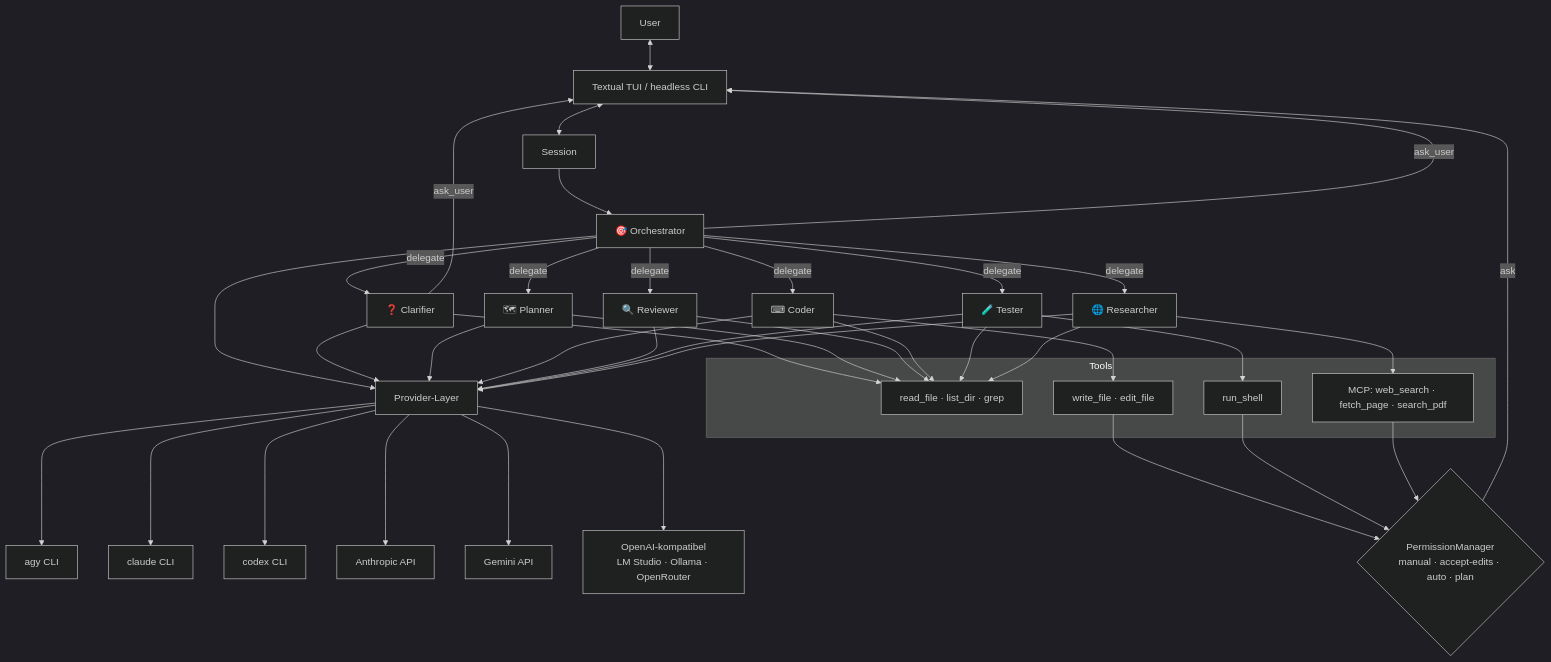
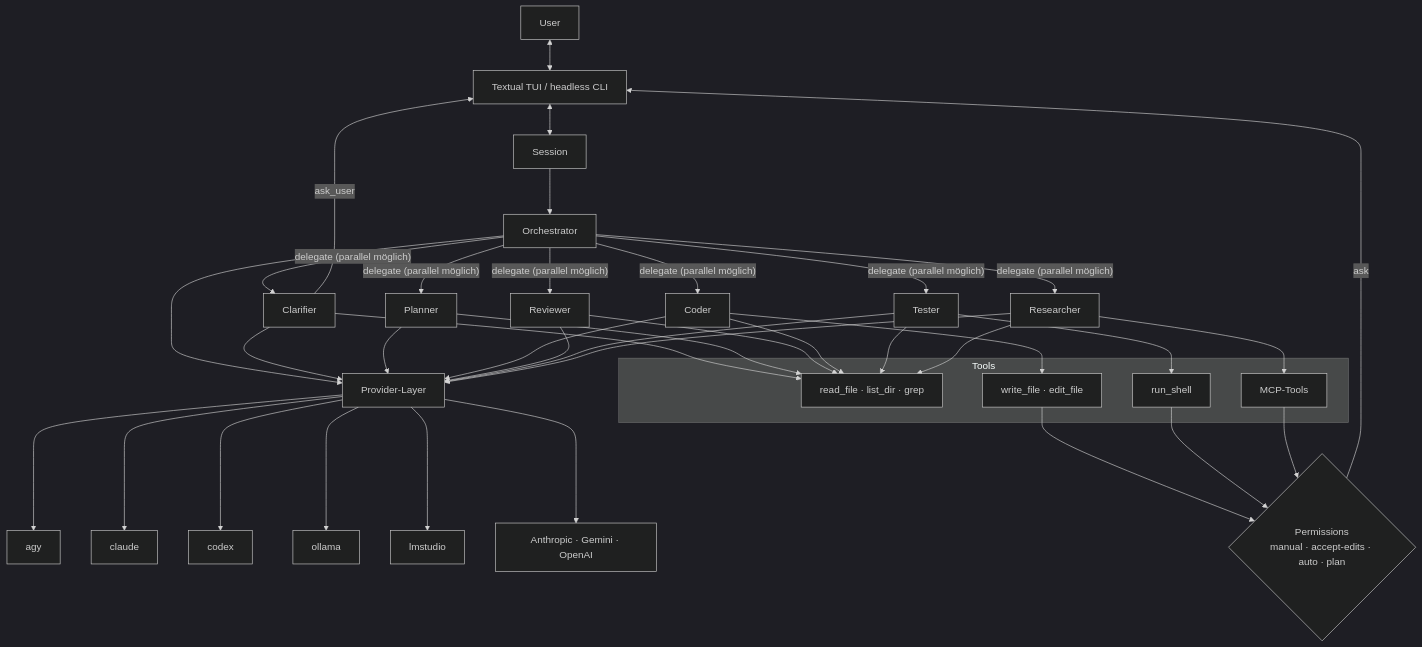
The diagram in README.md (OhneKommentar/lumi-crew), drawn with Mermaid (dark theme) before and after one commit. The commit also changed other lines of this file and 48 other files, not shown here.

````diff
--- a/README.md
+++ b/README.md
@@ -36,23 +102,22 @@
 ```mermaid
 flowchart TD
     U[User] <--> TUI[Textual TUI / headless CLI]
     TUI <--> S[Session]
-    S --> O[🎯 Orchestrator]
-    O -- delegate --> C[❓ Clarifier] & P[🗺 Planner] & K[⌨ Coder] & R[🔍 Reviewer] & T[🧪 Tester] & W[🌐 Researcher]
+    S --> O[Orchestrator]
+    O -- "delegate (parallel möglich)" --> C[Clarifier] & P[Planner] & K[Coder] & R[Reviewer] & T[Tester] & W[Researcher]
     C -- ask_user --> TUI
-    O -- ask_user --> TUI
     subgraph Tools
       FS[read_file · list_dir · grep]
       WR[write_file · edit_file]
       SH[run_shell]
-      MCP[MCP: web_search · fetch_page · search_pdf]
+      MCP[MCP-Tools]
     end
     C & P & R --> FS
     K --> FS & WR
     T --> FS & SH
     W --> FS & MCP
-    WR & SH & MCP --> PM{PermissionManager<br/>manual · accept-edits · auto · plan}
-    PM -- "ask" --> TUI
+    WR & SH & MCP --> PM{Permissions<br/>manual · accept-edits · auto · plan}
+    PM -- ask --> TUI
     O & C & P & K & R & T & W --> PL[Provider-Layer]
-    PL --> agy[agy CLI] & cl[claude CLI] & cx[codex CLI] & an[Anthropic API] & ge[Gemini API] & oa[OpenAI-kompatibel<br/>LM Studio · Ollama · OpenRouter]
+    PL --> agy & claude & codex & ollama & lmstudio & api[Anthropic · Gemini · OpenAI]
 ```
````
